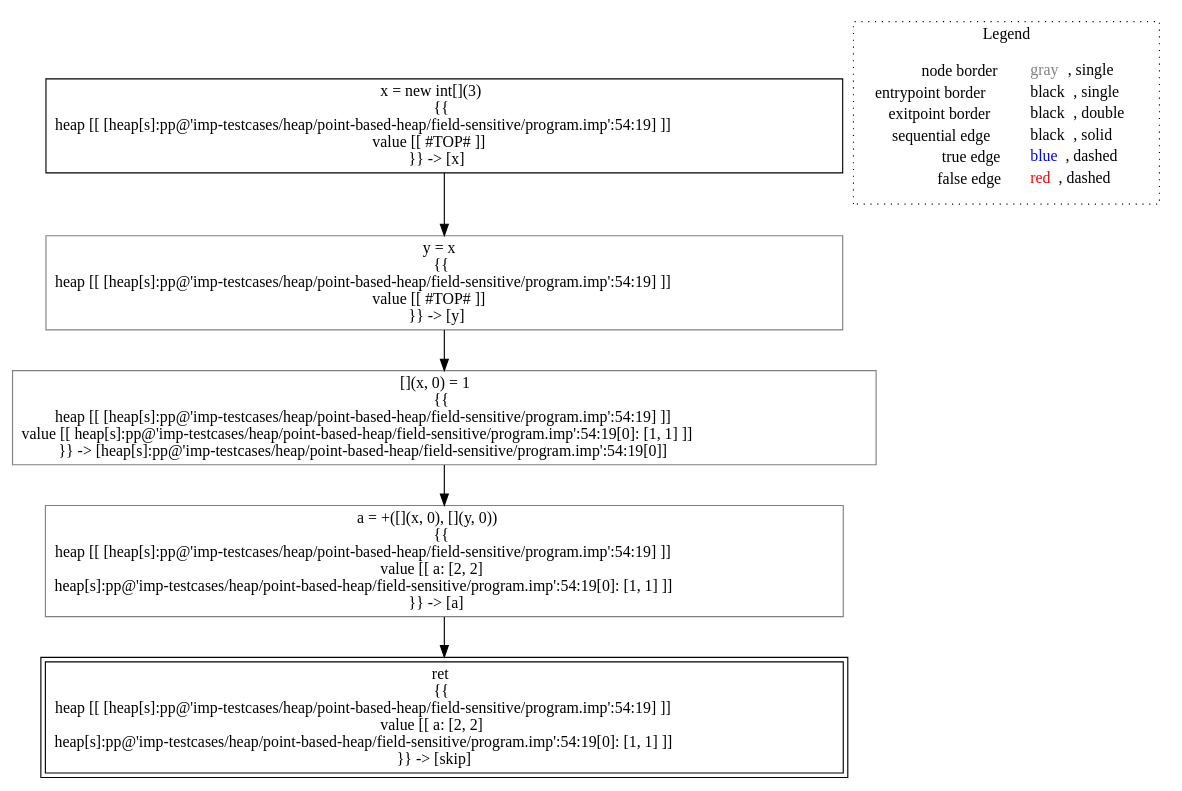
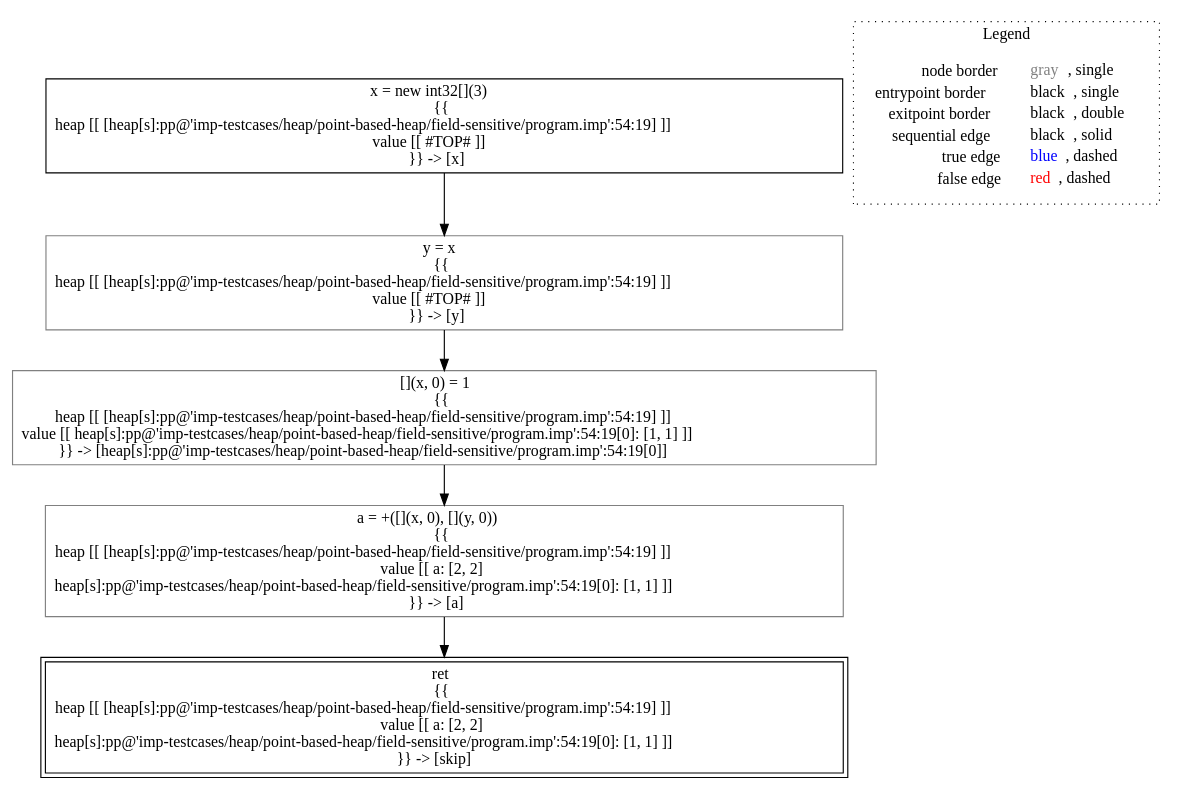
One commit to lisa-analyzer/lisa changed the diagram in lisa/lisa-core/imp-testcases/heap/point-based-heap/field-sensitive/analysis___untyped_A.f6(A_this).dot. Above: the diagram before and after it, drawn with Graphviz. The commit also changed 17 other files, not shown here.

```diff
--- a/lisa/lisa-core/imp-testcases/heap/point-based-heap/field-sensitive/analysis___untyped_A.f6(A_this).dot
+++ b/lisa/lisa-core/imp-testcases/heap/point-based-heap/field-sensitive/analysis___untyped_A.f6(A_this).dot
@@ -1,18 +1,18 @@
 digraph {
-	"node0" [shape="rect",color="black",label=<x = new int[](3)<BR/>{{<BR/>heap [[ [heap[s]:pp@'imp-testcases/heap/point-based-heap/field-sensitive/program.imp':54:19] ]]<BR/>value [[ #TOP# ]]<BR/>}} -&gt; [x]>];
+	"node0" [shape="rect",color="black",label=<x = new int32[](3)<BR/>{{<BR/>heap [[ [heap[s]:pp@'imp-testcases/heap/point-based-heap/field-sensitive/program.imp':54:19] ]]<BR/>value [[ #TOP# ]]<BR/>}} -&gt; [x]>];
 	"node1" [shape="rect",color="gray",label=<[](x, 0) = 1<BR/>{{<BR/>heap [[ [heap[s]:pp@'imp-testcases/heap/point-based-heap/field-sensitive/program.imp':54:19] ]]<BR/>value [[ heap[s]:pp@'imp-testcases/heap/point-based-heap/field-sensitive/program.imp':54:19[0]: [1, 1] ]]<BR/>}} -&gt; [heap[s]:pp@'imp-testcases/heap/point-based-heap/field-sensitive/program.imp':54:19[0]]>];
 	"node2" [shape="rect",color="black",peripheries="2",label=<ret<BR/>{{<BR/>heap [[ [heap[s]:pp@'imp-testcases/heap/point-based-heap/field-sensitive/program.imp':54:19] ]]<BR/>value [[ a: [2, 2]<BR/>heap[s]:pp@'imp-testcases/heap/point-based-heap/field-sensitive/program.imp':54:19[0]: [1, 1] ]]<BR/>}} -&gt; [skip]>];
 	"node3" [shape="rect",color="gray",label=<y = x<BR/>{{<BR/>heap [[ [heap[s]:pp@'imp-testcases/heap/point-based-heap/field-sensitive/program.imp':54:19] ]]<BR/>value [[ #TOP# ]]<BR/>}} -&gt; [y]>];
 	"node4" [shape="rect",color="gray",label=<a = +([](x, 0), [](y, 0))<BR/>{{<BR/>heap [[ [heap[s]:pp@'imp-testcases/heap/point-based-heap/field-sensitive/program.imp':54:19] ]]<BR/>value [[ a: [2, 2]<BR/>heap[s]:pp@'imp-testcases/heap/point-based-heap/field-sensitive/program.imp':54:19[0]: [1, 1] ]]<BR/>}} -&gt; [a]>];
 	"node1" -> "node4" [color="black"];
 	"node0" -> "node3" [color="black"];
 	"node3" -> "node1" [color="black"];
 	"node4" -> "node2" [color="black"];
 subgraph cluster_legend {
 	label="Legend";
 	style=dotted;
 	node [shape=plaintext];
 	"legend" [label=<<table border="0" cellpadding="2" cellspacing="0" cellborder="0"><tr><td align="right">node border&nbsp;</td><td align="left"><font color="gray">gray</font>, single</td></tr><tr><td align="right">entrypoint border&nbsp;</td><td align="left"><font color="black">black</font>, single</td></tr><tr><td align="right">exitpoint border&nbsp;</td><td align="left"><font color="black">black</font>, double</td></tr><tr><td align="right">sequential edge&nbsp;</td><td align="left"><font color="black">black</font>, solid</td></tr><tr><td align="right">true edge&nbsp;</td><td align="left"><font color="blue">blue</font>, dashed</td></tr><tr><td align="right">false edge&nbsp;</td><td align="left"><font color="red">red</font>, dashed</td></tr></table>>];
 }
 
 }
```
